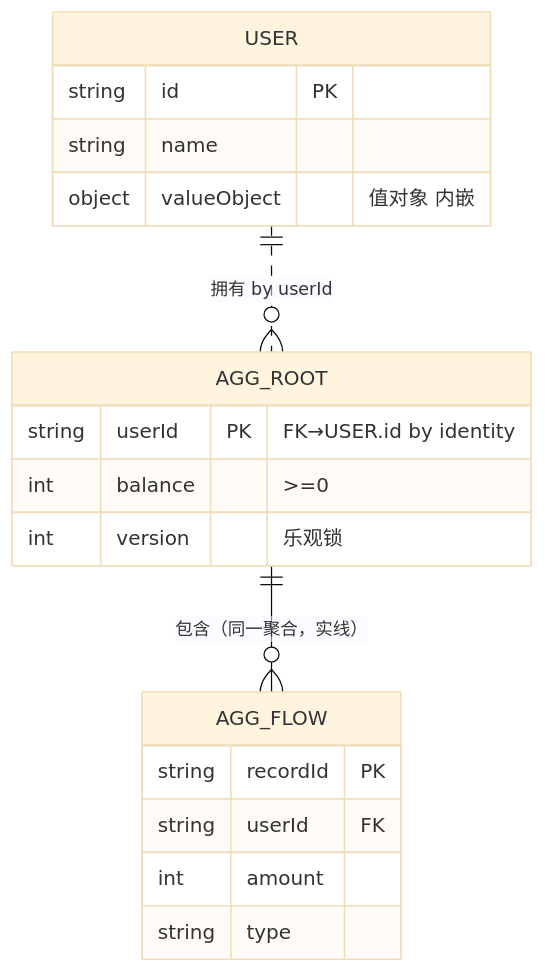
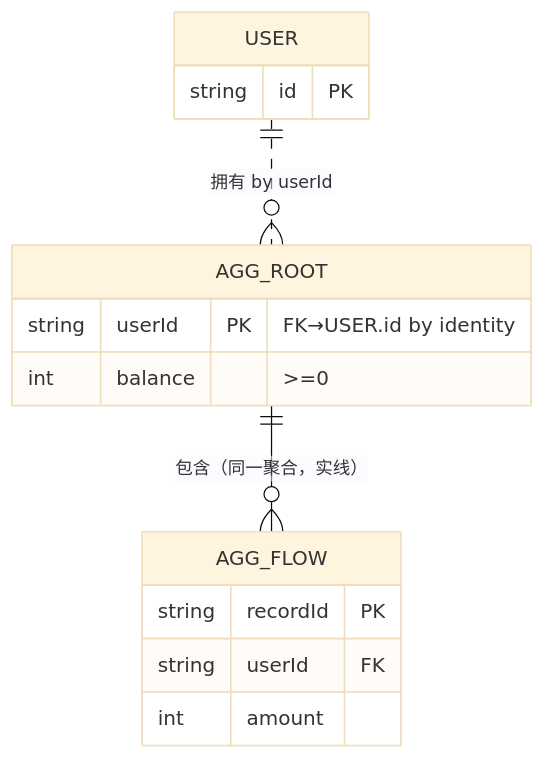
The sixth of 6 diagrams in skills/doc-arch-rules/references/templates/L2/DOMAIN-MODEL.template.md (syllr/skills), drawn with Mermaid (base theme) before and after one commit. The commit also changed other lines of this file and 11 other files, not shown here.

````diff
--- a/skills/doc-arch-rules/references/templates/L2/DOMAIN-MODEL.template.md
+++ b/skills/doc-arch-rules/references/templates/L2/DOMAIN-MODEL.template.md
@@ -352,21 +336,17 @@
 ```mermaid
 erDiagram
     USER {
         string id PK
-        string name
-        object valueObject "值对象 内嵌"
     }
     AGG_ROOT {
         string userId PK "FK→USER.id by identity"
         int balance ">=0"
-        int version "乐观锁"
     }
     AGG_FLOW {
         string recordId PK
         string userId FK
         int amount
-        string type
     }
     USER ||..o{ AGG_ROOT : "拥有 by userId"
     AGG_ROOT ||--o{ AGG_FLOW : "包含（同一聚合，实线）"
 ```
````
